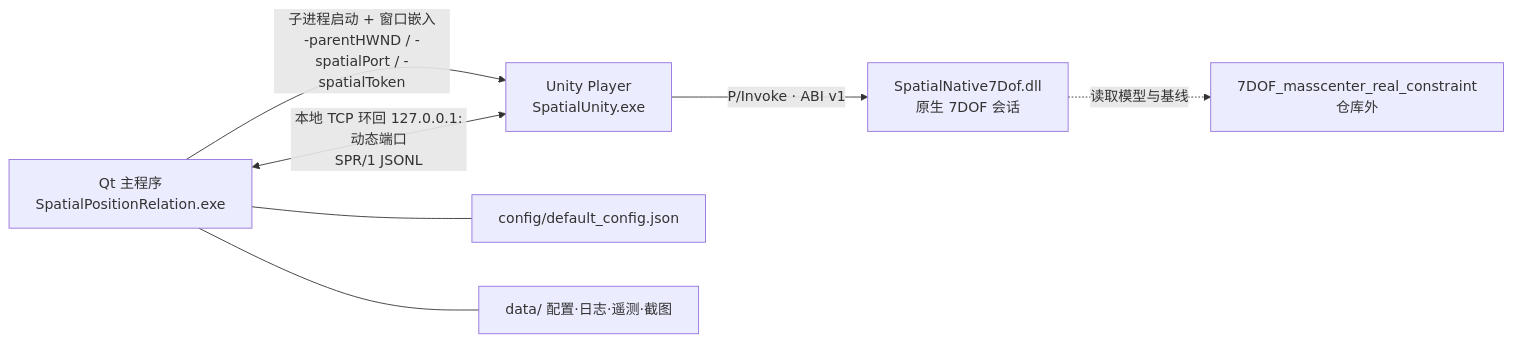
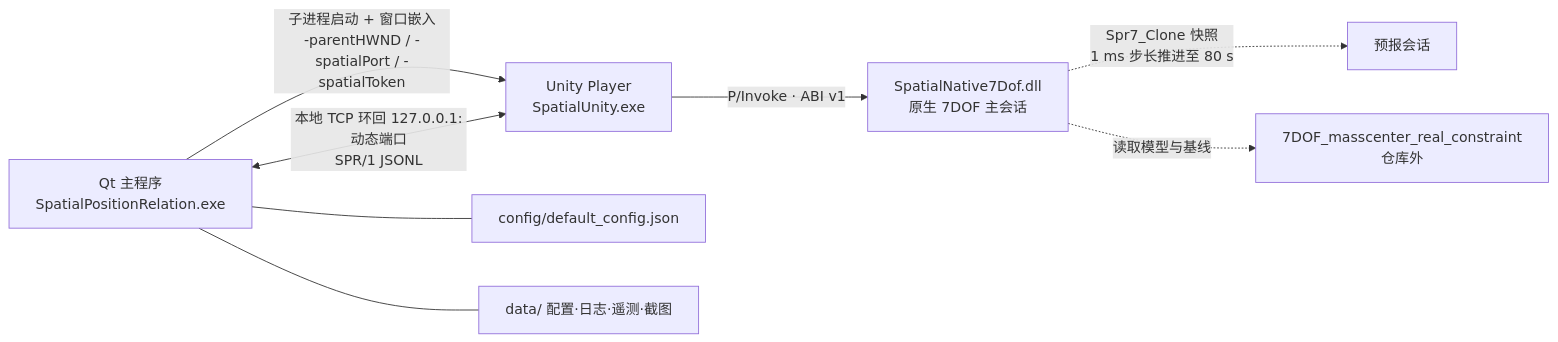
The diagram in README.md (Sujian-Jia/SpatialPositionRelation), drawn with Mermaid before and after one commit. The commit also changed other lines of this file, not shown here.

````diff
--- a/README.md
+++ b/README.md
@@ -32,9 +51,10 @@
 ```mermaid
 flowchart LR
     A["Qt 主程序<br/>SpatialPositionRelation.exe"] -->|"子进程启动 + 窗口嵌入<br/>-parentHWND / -spatialPort / -spatialToken"| B["Unity Player<br/>SpatialUnity.exe"]
     A <-->|"本地 TCP 环回 127.0.0.1:动态端口<br/>SPR/1 JSONL"| B
-    B -->|"P/Invoke · ABI v1"| E["SpatialNative7Dof.dll<br/>原生 7DOF 会话"]
+    B -->|"P/Invoke · ABI v1"| E["SpatialNative7Dof.dll<br/>原生 7DOF 主会话"]
+    E -. "Spr7_Clone 快照<br/>1 ms 步长推进至 80 s" .-> G["预报会话"]
     A --- C["config/default_config.json"]
     A --- D["data/ 配置·日志·遥测·截图"]
     E -.读取模型与基线.-> F["7DOF_masscenter_real_constraint<br/>仓库外"]
 ```
````
